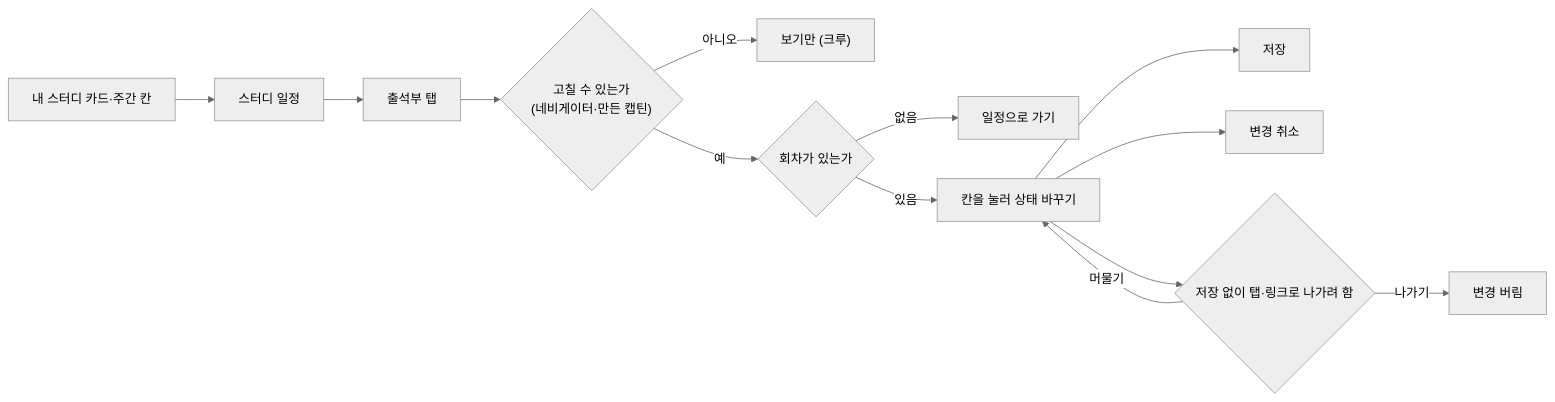
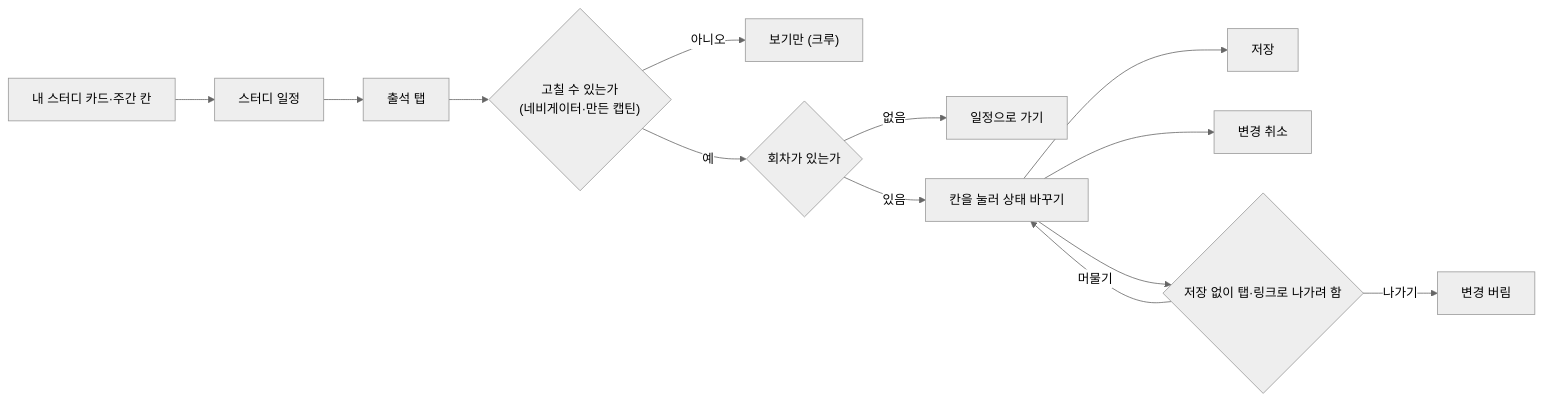
One commit to StudyClub-PlusPlus/studyclub-engineering changed the first of 2 diagrams in 01-planning/stories/navigator-edit-attendance/PRD.md. Above: the diagram before and after it, drawn with Mermaid (neutral theme). The commit also changed other lines of this file and 8 other files, not shown here.

````diff
--- a/01-planning/stories/navigator-edit-attendance/PRD.md
+++ b/01-planning/stories/navigator-edit-attendance/PRD.md
@@ -13,15 +13,15 @@
 ```mermaid
 flowchart LR
   A["내 스터디 카드·주간 칸"] --> B["스터디 일정"]
-  B --> C["출석부 탭"]
+  B --> C["출석 탭"]
   C --> D{"고칠 수 있는가<br>(네비게이터·만든 캡틴)"}
   D -->|아니오| E["보기만 (크루)"]
   D -->|예| F{"회차가 있는가"}
   F -->|없음| G["일정으로 가기"]
   F -->|있음| H["칸을 눌러 상태 바꾸기"]
   H --> I["저장"]
   H --> J["변경 취소"]
   H --> K{"저장 없이 탭·링크로 나가려 함"}
   K -->|머물기| H
   K -->|나가기| L["변경 버림"]
 ```
````
